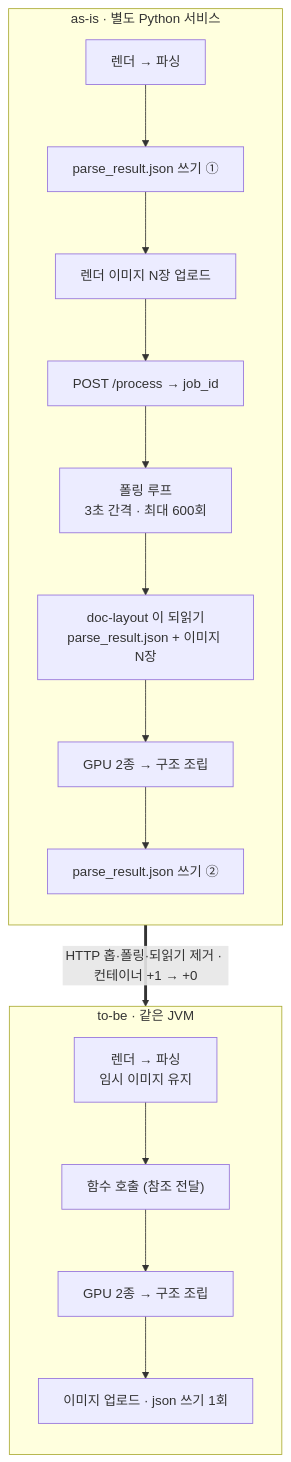
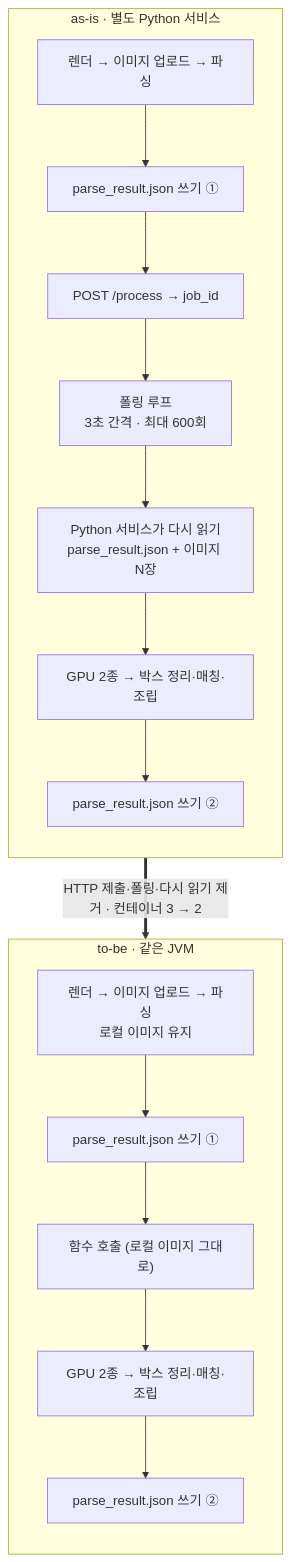
One commit to jaenam615/portfolio changed the diagram in diagrams/SionicAI/doclayout-kotlin/roundtrip.mmd. Above: the diagram before and after it, drawn with Mermaid. The commit also changed 2 other files, not shown here.

```diff
--- a/diagrams/SionicAI/doclayout-kotlin/roundtrip.mmd
+++ b/diagrams/SionicAI/doclayout-kotlin/roundtrip.mmd
@@ -1,18 +1,18 @@
 flowchart TD
     subgraph before["as-is · 별도 Python 서비스"]
         direction TB
-        A0["렌더 → 파싱"] --> A1["parse_result.json 쓰기 ①"]
-        A1 --> A2["렌더 이미지 N장 업로드"]
-        A2 --> A3["POST /process → job_id"]
+        A0["렌더 → 이미지 업로드 → 파싱"] --> A1["parse_result.json 쓰기 ①"]
+        A1 --> A3["POST /process → job_id"]
         A3 --> A4["폴링 루프<br/>3초 간격 · 최대 600회"]
-        A4 --> A5["doc-layout 이 되읽기<br/>parse_result.json + 이미지 N장"]
-        A5 --> A6["GPU 2종 → 구조 조립"]
+        A4 --> A5["Python 서비스가 다시 읽기<br/>parse_result.json + 이미지 N장"]
+        A5 --> A6["GPU 2종 → 박스 정리·매칭·조립"]
         A6 --> A7["parse_result.json 쓰기 ②"]
     end
     subgraph after["to-be · 같은 JVM"]
         direction TB
-        B0["렌더 → 파싱<br/>임시 이미지 유지"] --> B1["함수 호출 (참조 전달)"]
-        B1 --> B2["GPU 2종 → 구조 조립"]
-        B2 --> B3["이미지 업로드 · json 쓰기 1회"]
+        B0["렌더 → 이미지 업로드 → 파싱<br/>로컬 이미지 유지"] --> B1["parse_result.json 쓰기 ①"]
+        B1 --> B2["함수 호출 (로컬 이미지 그대로)"]
+        B2 --> B3["GPU 2종 → 박스 정리·매칭·조립"]
+        B3 --> B4["parse_result.json 쓰기 ②"]
     end
-    before ==>|"HTTP 홉·폴링·되읽기 제거 · 컨테이너 +1 → +0"| after
+    before ==>|"HTTP 제출·폴링·다시 읽기 제거 · 컨테이너 3 → 2"| after
```
